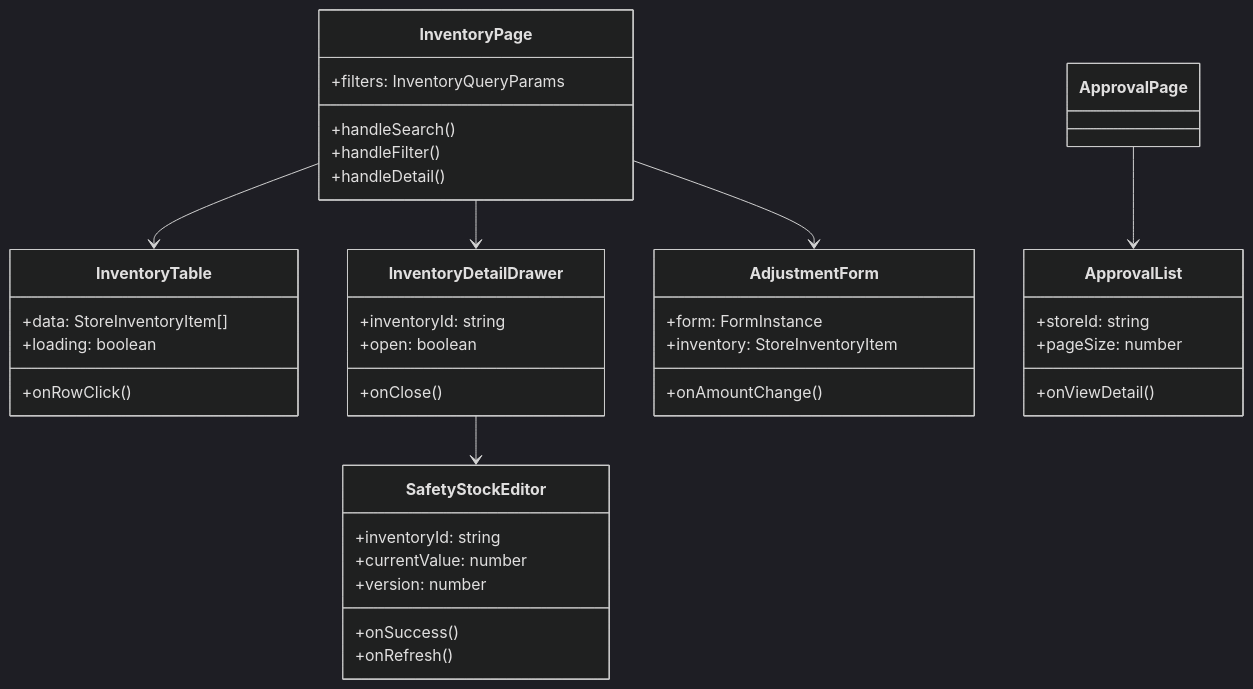
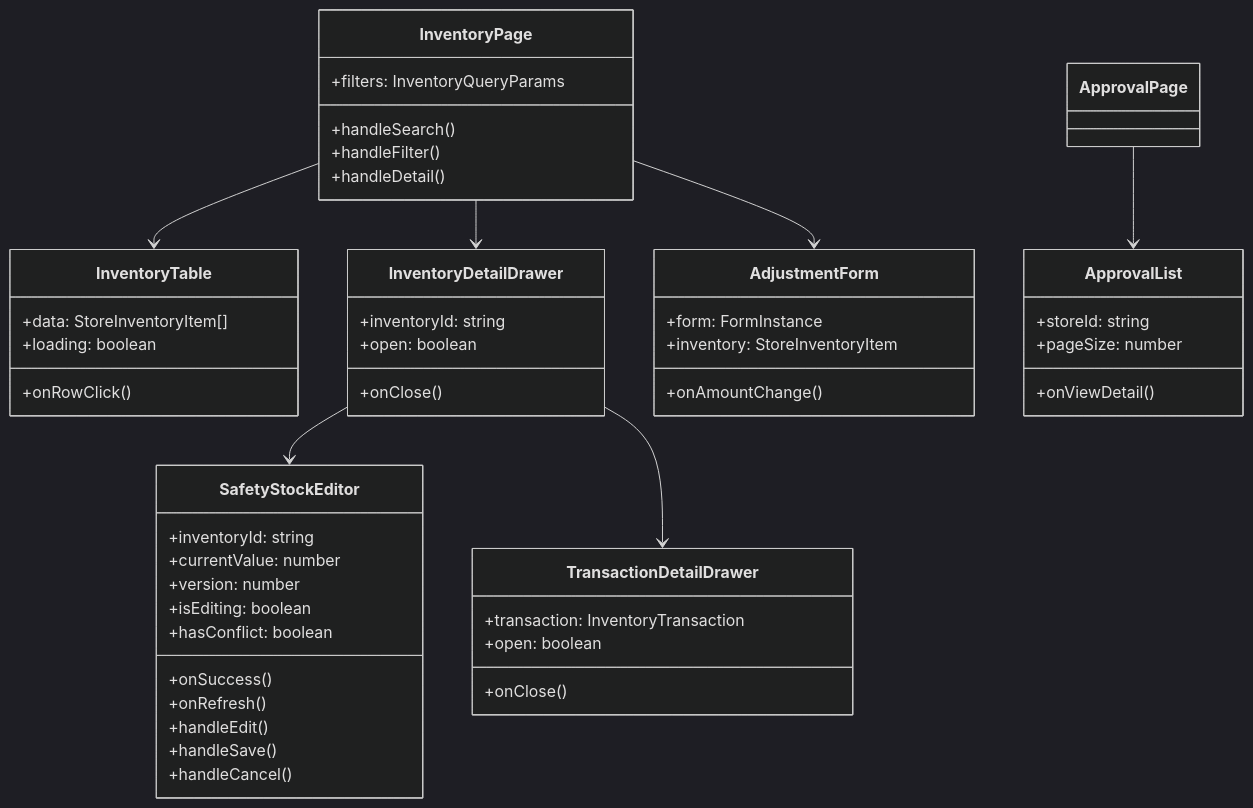
Before and after one commit to 30675137/Cinema_Bussiness_Center_Platform: the second of 7 diagrams in docs/详细设计/库存管理详细设计文档.md, drawn with Mermaid (dark theme). The commit also changed other lines of this file and 24 other files, not shown here.

````diff
--- a/docs/详细设计/库存管理详细设计文档.md
+++ b/docs/详细设计/库存管理详细设计文档.md
@@ -249,47 +251,59 @@
 ```mermaid
 classDiagram
     class InventoryPage {
         +filters: InventoryQueryParams
         +handleSearch()
         +handleFilter()
         +handleDetail()
     }
 
     class InventoryTable {
         +data: StoreInventoryItem[]
         +loading: boolean
         +onRowClick()
     }
 
     class InventoryDetailDrawer {
         +inventoryId: string
         +open: boolean
         +onClose()
     }
 
     class SafetyStockEditor {
         +inventoryId: string
         +currentValue: number
         +version: number
+        +isEditing: boolean
+        +hasConflict: boolean
         +onSuccess()
         +onRefresh()
+        +handleEdit()
+        +handleSave()
+        +handleCancel()
+    }
+
+    class TransactionDetailDrawer {
+        +transaction: InventoryTransaction
+        +open: boolean
+        +onClose()
     }
 
     class AdjustmentForm {
         +form: FormInstance
         +inventory: StoreInventoryItem
         +onAmountChange()
     }
 
     class ApprovalList {
         +storeId: string
         +pageSize: number
         +onViewDetail()
     }
 
     InventoryPage --> InventoryTable
     InventoryPage --> InventoryDetailDrawer
     InventoryDetailDrawer --> SafetyStockEditor
+    InventoryDetailDrawer --> TransactionDetailDrawer
     InventoryPage --> AdjustmentForm
     ApprovalPage --> ApprovalList
 ```
````
